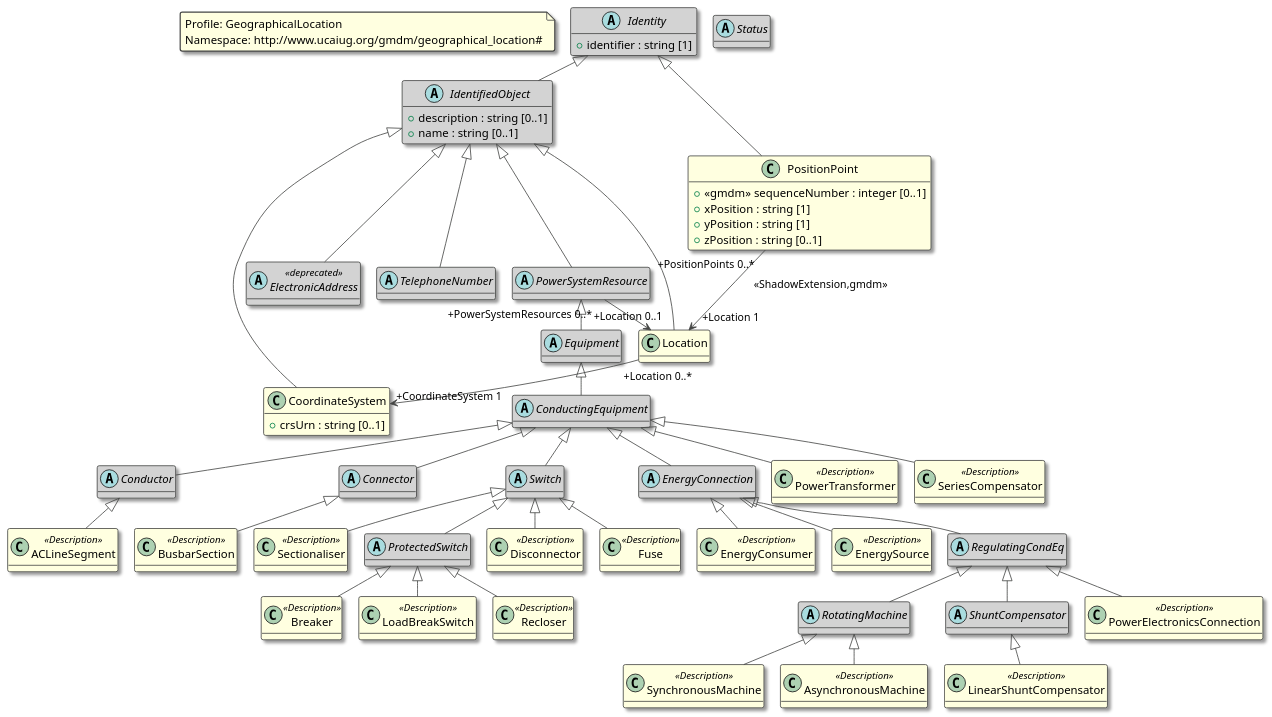
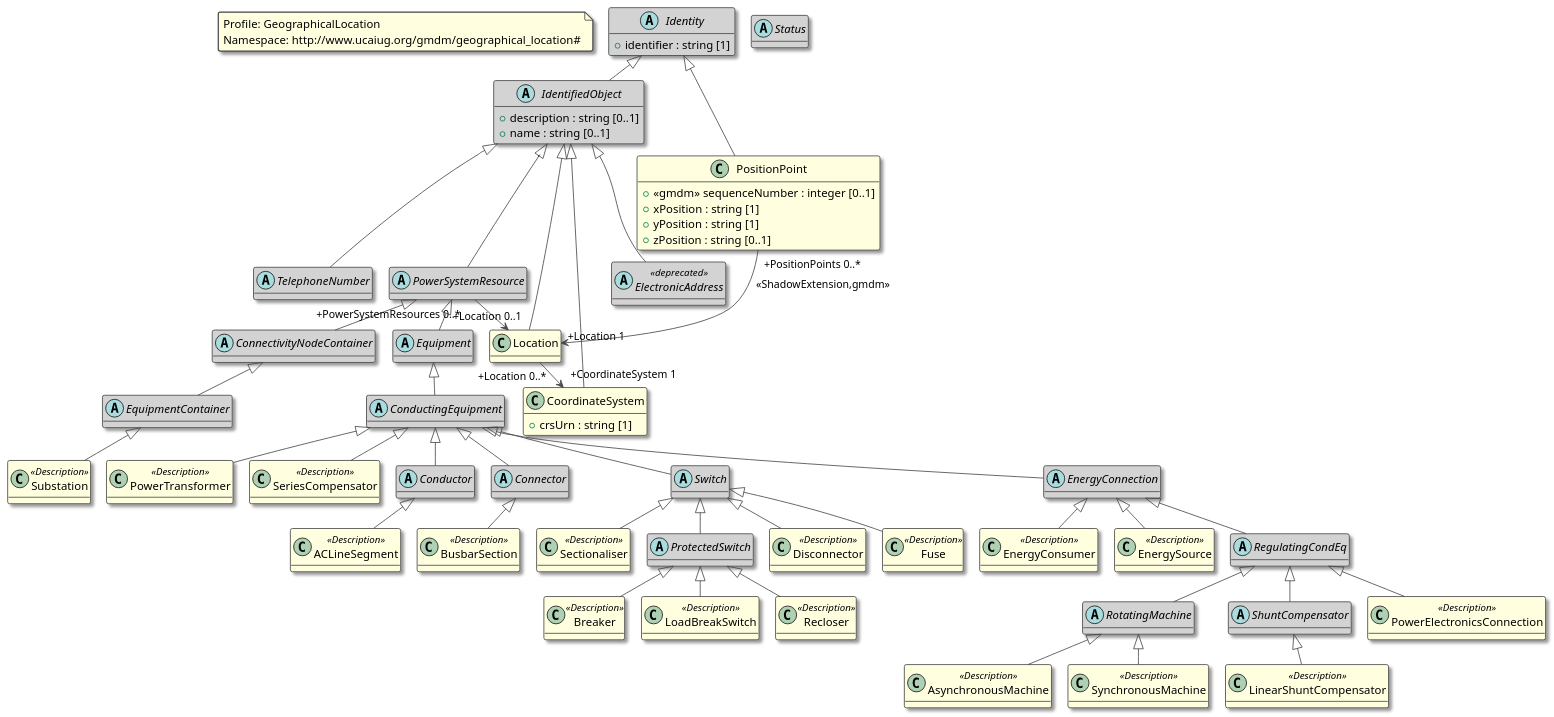
One commit to epri-dev/GMDM-IOP changed the diagram in profile_artifacts/GeographicalLocation/GeographicalLocation.rdfs-t2b.puml. Above: the diagram before and after it, drawn with PlantUML. The commit also changed 11 other files, not shown here.

```diff
--- a/profile_artifacts/GeographicalLocation/GeographicalLocation.rdfs-t2b.puml
+++ b/profile_artifacts/GeographicalLocation/GeographicalLocation.rdfs-t2b.puml
@@ -133,6 +133,12 @@
 
 ConductingEquipment <|-- Conductor
 
+' ConnectivityNodeContainer inherits from PowerSystemResource
+abstract class ConnectivityNodeContainer  <<abstract>> {
+}
+
+PowerSystemResource <|-- ConnectivityNodeContainer
+
 ' Connector inherits from ConductingEquipment
 abstract class Connector  <<abstract>> {
 }
@@ -141,7 +147,7 @@
 
 ' CoordinateSystem inherits from IdentifiedObject
 class CoordinateSystem   {
-   +crsUrn : string [0..1]
+   +crsUrn : string [1]
 }
 
 IdentifiedObject <|-- CoordinateSystem
@@ -181,6 +187,12 @@
 }
 
 PowerSystemResource <|-- Equipment
+
+' EquipmentContainer inherits from ConnectivityNodeContainer
+abstract class EquipmentContainer  <<abstract>> {
+}
+
+ConnectivityNodeContainer <|-- EquipmentContainer
 
 ' Fuse inherits from Switch
 class Fuse <<Description>>  {
@@ -298,6 +310,12 @@
 }
 
 
+' Substation inherits from EquipmentContainer
+class Substation <<Description>>  {
+}
+
+EquipmentContainer <|-- Substation
+
 ' Switch inherits from ConductingEquipment
 abstract class Switch  <<abstract>> {
 }
```
